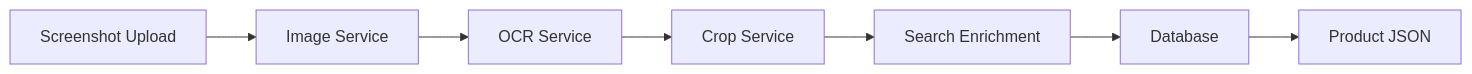
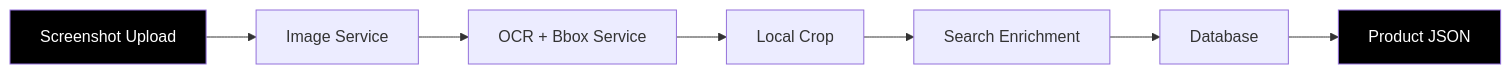
Before and after one commit to entropi-so/docs: the first of 2 diagrams in architecture.mdx, drawn with Mermaid. The commit also changed other lines of this file and 32 other files, not shown here.

````diff
--- a/architecture.mdx
+++ b/architecture.mdx
@@ -10,9 +12,12 @@
 ```mermaid
 graph LR
     A[Screenshot Upload] --> B[Image Service]
-    B --> C[OCR Service]
-    C --> D[Crop Service]
+    B --> C[OCR + Bbox Service]
+    C --> D[Local Crop]
     D --> E[Search Enrichment]
     E --> F[Database]
     F --> G[Product JSON]
+    
+    style A fill:#000000,color:#FFFFFF
+    style G fill:#000000,color:#FFFFFF
 ```
````
